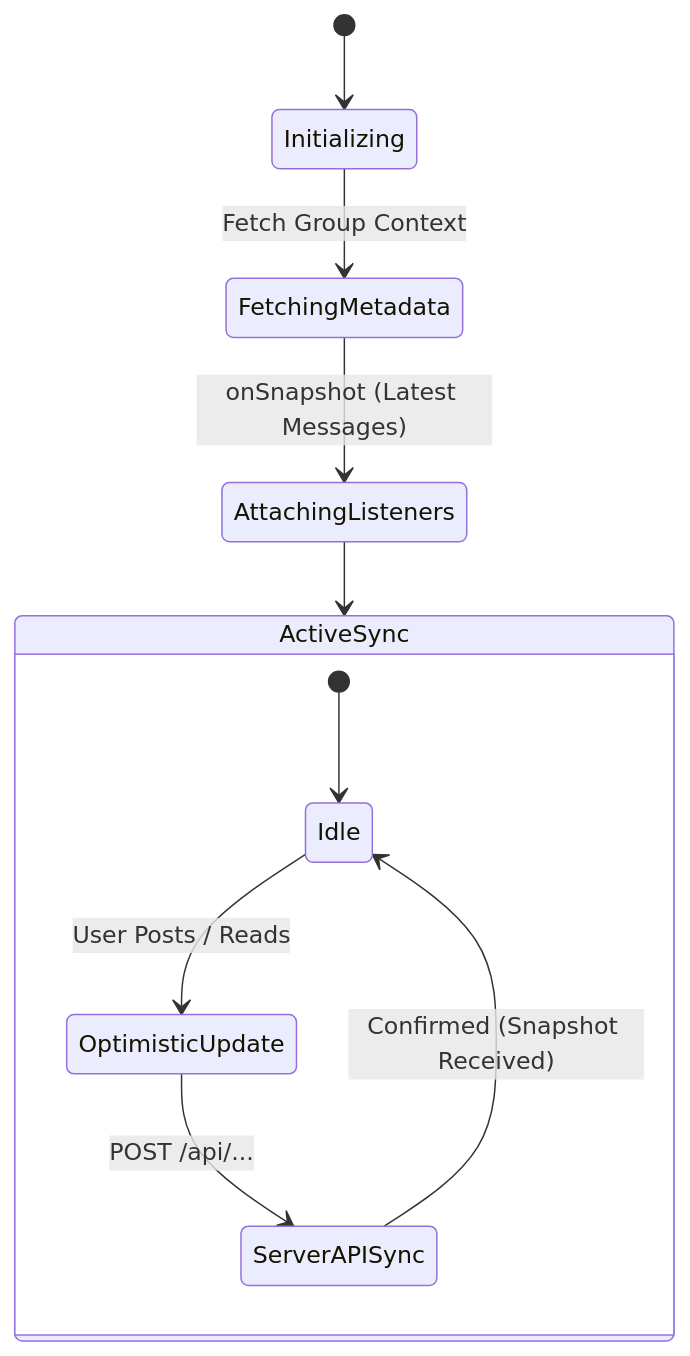
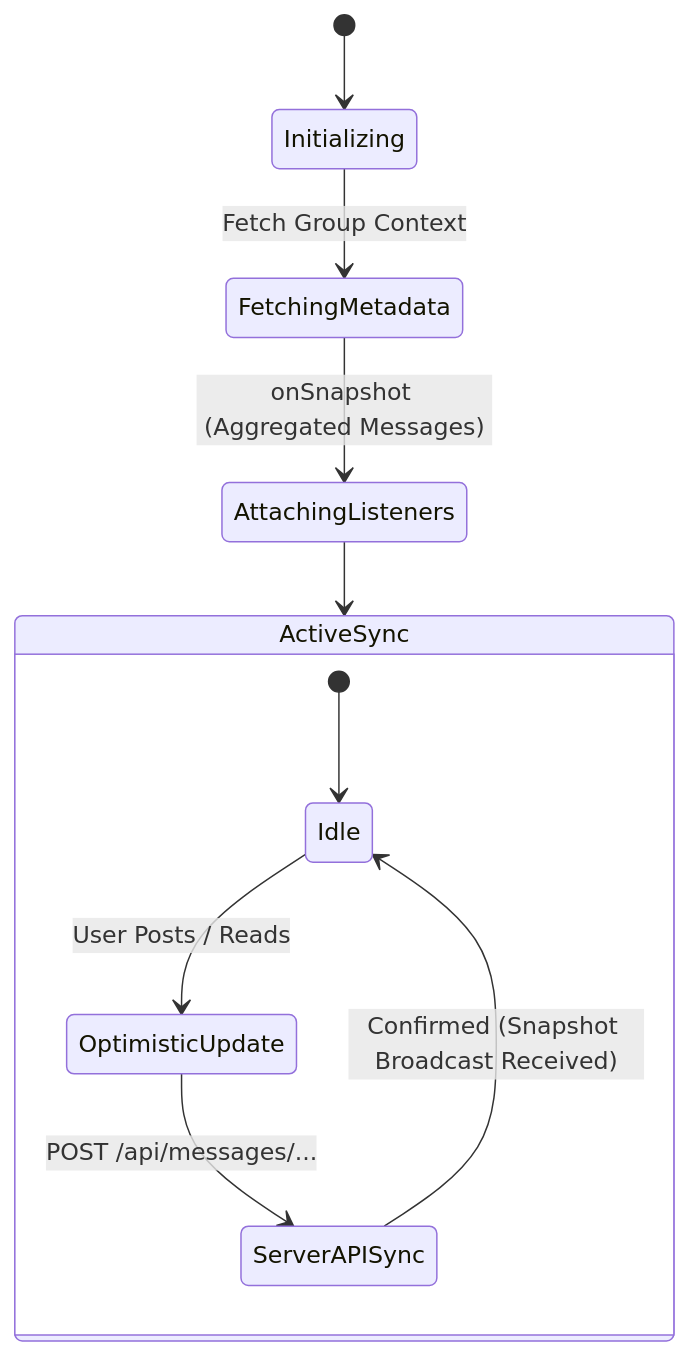
Before and after one commit to ScriptureHabit/scripture-habit: the diagram in docs/feature-chat-dashboard.md, drawn with Mermaid. The commit also changed other lines of this file and 57 other files, not shown here.

Commit message:
docs: refine documentation prose and add structured diagram breakdowns across JA and EN

````diff
--- a/docs/feature-chat-dashboard.md
+++ b/docs/feature-chat-dashboard.md
@@ -11,14 +11,14 @@
 ```mermaid
 stateDiagram-v2
     [*] --> Initializing
     Initializing --> FetchingMetadata: Fetch Group Context
-    FetchingMetadata --> AttachingListeners: onSnapshot (Latest Messages)
+    FetchingMetadata --> AttachingListeners: onSnapshot (Aggregated Messages)
     AttachingListeners --> ActiveSync
     
     state ActiveSync {
         [*] --> Idle
         Idle --> OptimisticUpdate: User Posts / Reads
-        OptimisticUpdate --> ServerAPISync: POST /api/...
-        ServerAPISync --> Idle: Confirmed (Snapshot Received)
+        OptimisticUpdate --> ServerAPISync: POST /api/messages/...
+        ServerAPISync --> Idle: Confirmed (Snapshot Broadcast Received)
     }
 ```
````
